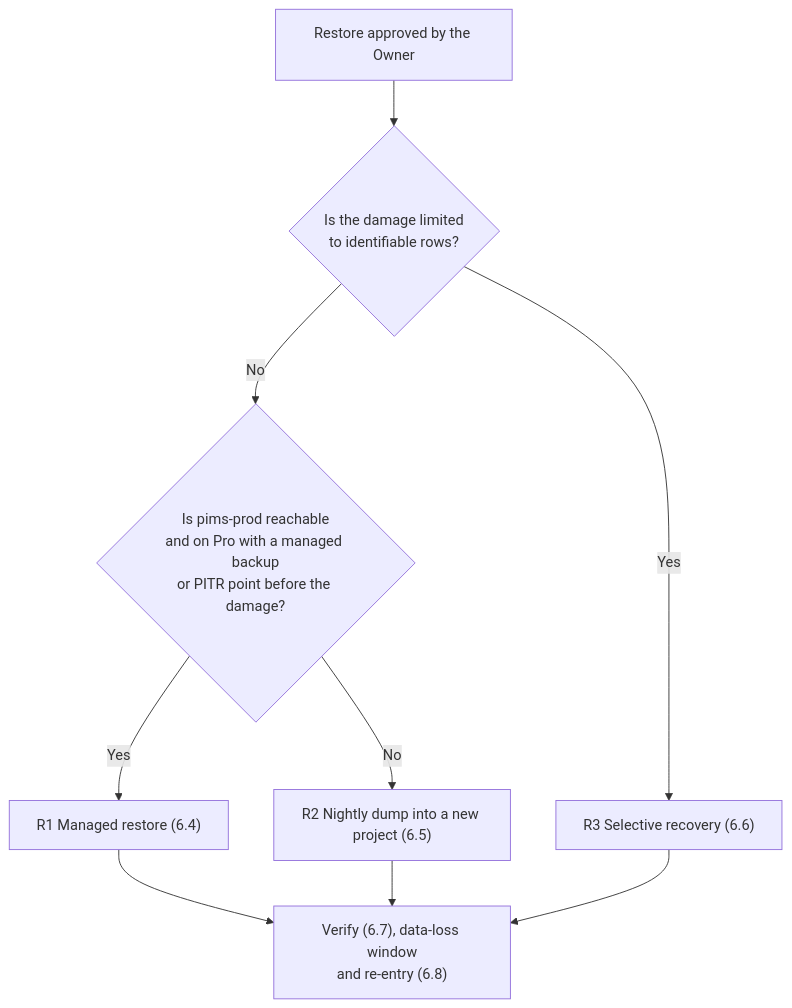
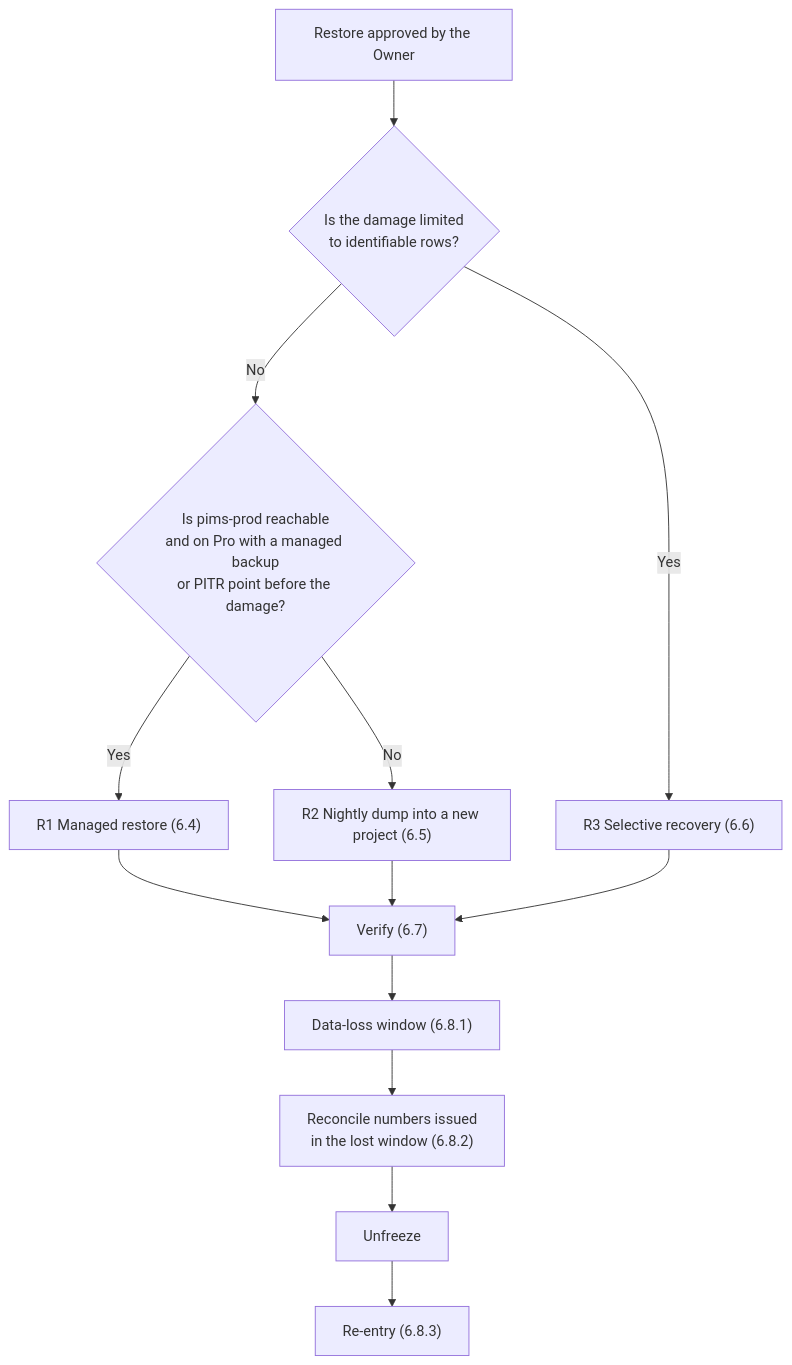
One commit to msasomrat/Pharmacy_Inventory changed the fourth of 5 diagrams in docs/operations/runbook.md. Above: the diagram before and after it, drawn with Mermaid. The commit also changed other lines of this file and 17 other files, not shown here.

````diff
--- a/docs/operations/runbook.md
+++ b/docs/operations/runbook.md
@@ -1067,11 +1075,15 @@
 ```mermaid
 flowchart TD
   start["Restore approved by the Owner"] --> scope{"Is the damage limited<br/>to identifiable rows?"}
   scope -->|"Yes"| r3["R3 Selective recovery (6.6)"]
   scope -->|"No"| reach{"Is pims-prod reachable<br/>and on Pro with a managed backup<br/>or PITR point before the damage?"}
   reach -->|"Yes"| r1["R1 Managed restore (6.4)"]
   reach -->|"No"| r2["R2 Nightly dump into a new project (6.5)"]
-  r1 --> verify["Verify (6.7), data-loss window<br/>and re-entry (6.8)"]
+  r1 --> verify["Verify (6.7)"]
   r2 --> verify
   r3 --> verify
+  verify --> window["Data-loss window (6.8.1)"]
+  window --> numbers["Reconcile numbers issued<br/>in the lost window (6.8.2)"]
+  numbers --> unfreeze["Unfreeze"]
+  unfreeze --> reentry["Re-entry (6.8.3)"]
 ```
````
